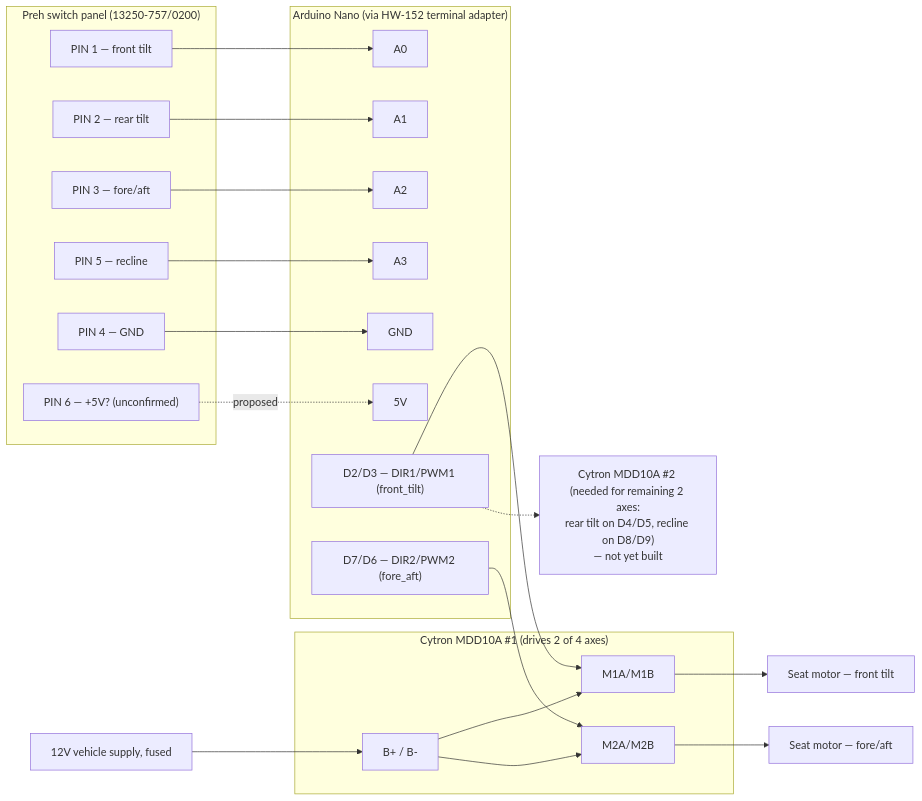
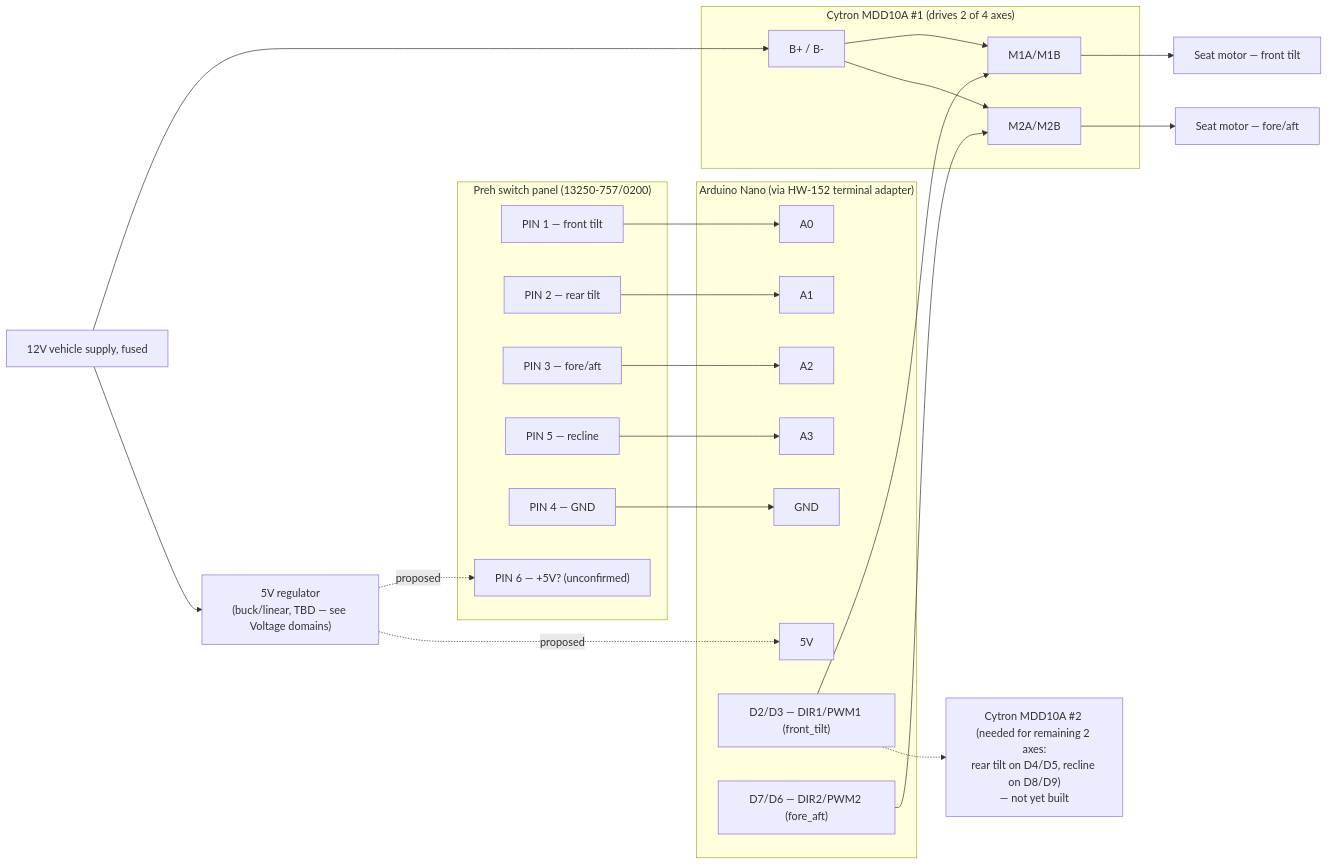
Before and after one commit to nodecentral/Audi-Seat-Controller-Arduino-Project: the diagram in README.md, drawn with Mermaid. The commit also changed other lines of this file, not shown here.

First line of the commit message:
Clarify 12V vs 5V voltage domains throughout README

````diff
--- a/README.md
+++ b/README.md
@@ -115,50 +133,52 @@
 ```mermaid
 flowchart LR
     subgraph SWITCH["Preh switch panel (13250-757/0200)"]
         P1["PIN 1 — front tilt"]
         P2["PIN 2 — rear tilt"]
         P3["PIN 3 — fore/aft"]
         P5["PIN 5 — recline"]
         P4["PIN 4 — GND"]
         P6["PIN 6 — +5V? (unconfirmed)"]
     end
 
     subgraph NANO["Arduino Nano (via HW-152 terminal adapter)"]
         A0["A0"]
         A1["A1"]
         A2["A2"]
         A3["A3"]
         GND1["GND"]
         FIVEV["5V"]
         CTRL1["D2/D3 — DIR1/PWM1 (front_tilt)"]
         CTRL2["D7/D6 — DIR2/PWM2 (fore_aft)"]
     end
 
     subgraph DRV1["Cytron MDD10A #1 (drives 2 of 4 axes)"]
         M1["M1A/M1B"]
         M2["M2A/M2B"]
         BSUP["B+ / B-"]
     end
 
     P1 --> A0
     P2 --> A1
     P3 --> A2
     P5 --> A3
     P4 --> GND1
-    P6 -. proposed .-> FIVEV
+    REG -. proposed .-> P6
+    REG -. proposed .-> FIVEV
 
     CTRL1 --> M1
     CTRL2 --> M2
 
     MOT1["Seat motor — front tilt"]
     MOT2["Seat motor — fore/aft"]
     M1 --> MOT1
     M2 --> MOT2
 
     BATT["12V vehicle supply, fused"] --> BSUP
+    BATT --> REG["5V regulator<br/>(buck/linear, TBD — see Voltage domains)"]
     BSUP --> M1
     BSUP --> M2
 
     DRV2["Cytron MDD10A #2 (needed for remaining 2 axes:<br/>rear tilt on D4/D5, recline on D8/D9)<br/>— not yet built"]
     CTRL1 -.-> DRV2
 ```
````
